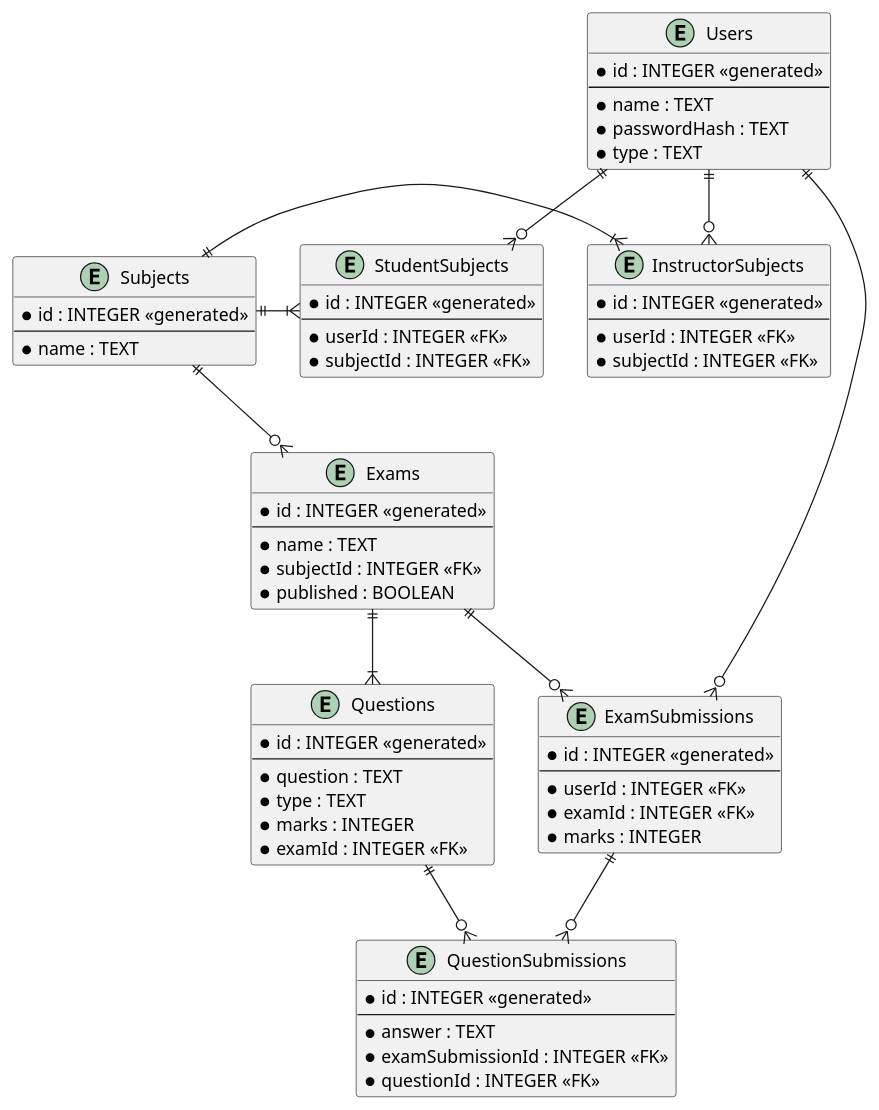
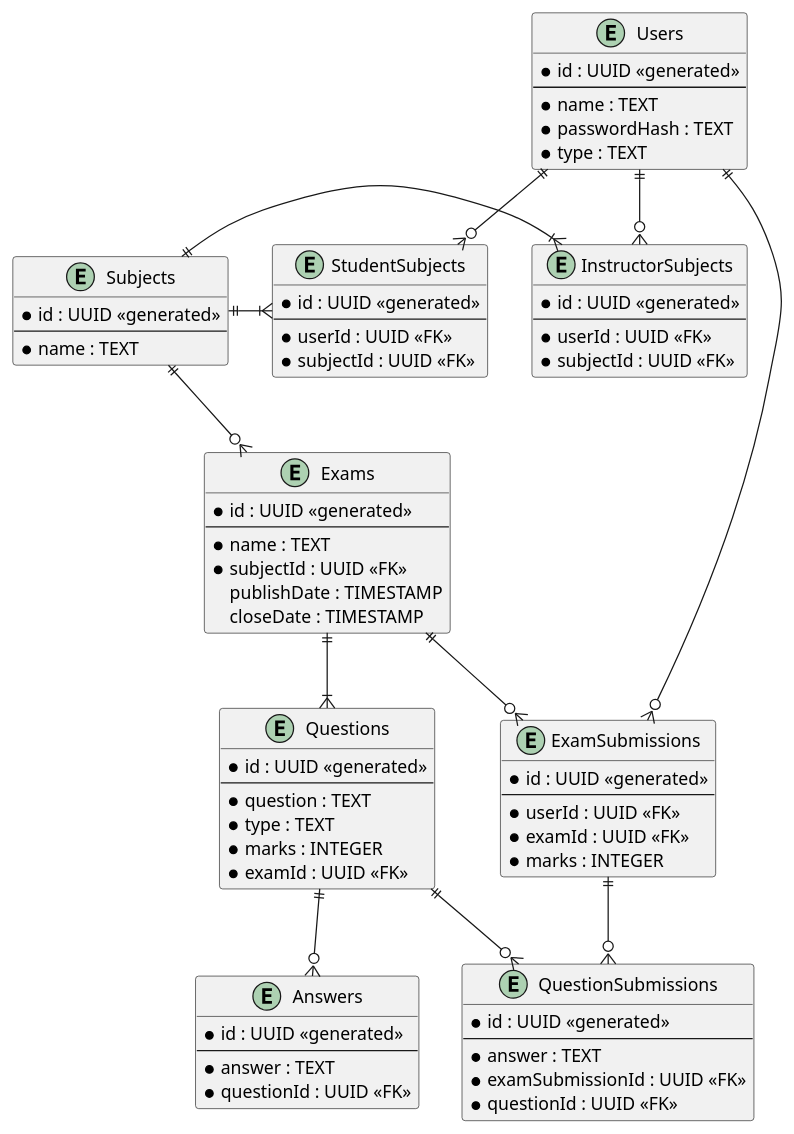
The diagram in docs/diagrams/er.puml (omjadas/ekzameno), drawn with PlantUML before and after one commit.

Commit message:
docs: update ER diagram

```diff
--- a/docs/diagrams/er.puml
+++ b/docs/diagrams/er.puml
@@ -1,77 +1,86 @@
 @startuml ER Diagram
 
 entity Users {
-    * id : INTEGER <<generated>>
+    * id : UUID <<generated>>
     --
     * name : TEXT
     * passwordHash : TEXT
     * type : TEXT
 }
 
 entity Subjects {
-    * id : INTEGER <<generated>>
+    * id : UUID <<generated>>
     --
     * name : TEXT
 }
 
 entity Exams {
-    * id : INTEGER <<generated>>
+    * id : UUID <<generated>>
     --
     * name : TEXT
-    * subjectId : INTEGER <<FK>>
-    * published : BOOLEAN
+    * subjectId : UUID <<FK>>
+    publishDate : TIMESTAMP
+    closeDate : TIMESTAMP
 }
 
 entity Questions {
-    * id : INTEGER <<generated>>
+    * id : UUID <<generated>>
     --
     * question : TEXT
     * type : TEXT
     * marks : INTEGER
-    * examId : INTEGER <<FK>>
+    * examId : UUID <<FK>>
+}
+
+entity Answers {
+    * id : UUID <<generated>>
+    --
+    * answer : TEXT
+    * questionId : UUID <<FK>>
 }
 
 entity ExamSubmissions {
-    * id : INTEGER <<generated>>
+    * id : UUID <<generated>>
     --
-    * userId : INTEGER <<FK>>
-    * examId : INTEGER <<FK>>
+    * userId : UUID <<FK>>
+    * examId : UUID <<FK>>
     * marks : INTEGER
 }
 
 entity QuestionSubmissions {
-    * id : INTEGER <<generated>>
+    * id : UUID <<generated>>
     --
     * answer : TEXT
-    * examSubmissionId : INTEGER <<FK>>
-    * questionId : INTEGER <<FK>>
+    * examSubmissionId : UUID <<FK>>
+    * questionId : UUID <<FK>>
 }
 
 entity InstructorSubjects {
-    * id : INTEGER <<generated>>
+    * id : UUID <<generated>>
     --
-    * userId : INTEGER <<FK>>
-    * subjectId : INTEGER <<FK>>
+    * userId : UUID <<FK>>
+    * subjectId : UUID <<FK>>
 }
 
 entity StudentSubjects {
-    * id : INTEGER <<generated>>
+    * id : UUID <<generated>>
     --
-    * userId : INTEGER <<FK>>
-    * subjectId : INTEGER <<FK>>
+    * userId : UUID <<FK>>
+    * subjectId : UUID <<FK>>
 }
 
 Subjects ||--o{ Exams
 Exams ||--|{ Questions
 Users ||--o{ ExamSubmissions
 Exams ||--o{ ExamSubmissions
 ExamSubmissions ||--o{ QuestionSubmissions
 Questions ||--o{ QuestionSubmissions
+Questions ||--o{ Answers
 
 Users ||--o{ InstructorSubjects
 Users ||--o{ StudentSubjects
 
 Subjects ||-|{ InstructorSubjects
 Subjects ||-|{ StudentSubjects
 
 @enduml
```
